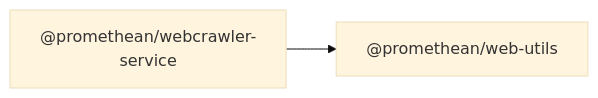
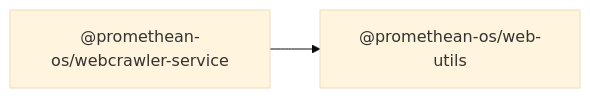
The diagram in docs/packages/webcrawler-service/README.md (octave-commons/promethean), drawn with Mermaid (base theme) before and after one commit. The commit also changed other lines of this file and 1753 other files, not shown here.

````diff
--- a/docs/packages/webcrawler-service/README.md
+++ b/docs/packages/webcrawler-service/README.md
@@ -14,7 +14,7 @@
 ```mermaid
 graph LR
-  A["@promethean/webcrawler-service"]
-  D1["@promethean/web-utils"]
-  A --> D1["@promethean/web-utils"]
-  click D1 "../web-utils/README.md" "@promethean/web-utils"
+  A["@promethean-os/webcrawler-service"]
+  D1["@promethean-os/web-utils"]
+  A --> D1["@promethean-os/web-utils"]
+  click D1 "../web-utils/README.md" "@promethean-os/web-utils"
 ```
````
